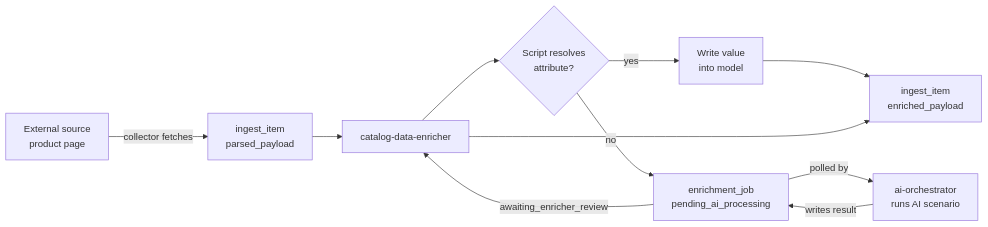
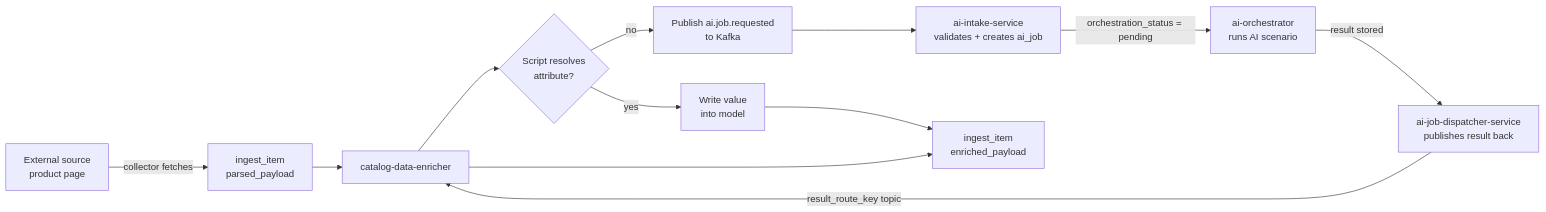
The diagram in monstrino-docs/docs/ai-features/00-overview.md (MafiaCoconut/Monstrino), drawn with Mermaid before and after one commit. The commit also changed other lines of this file and 68 other files, not shown here.

````diff
--- a/monstrino-docs/docs/ai-features/00-overview.md
+++ b/monstrino-docs/docs/ai-features/00-overview.md
@@ -19,13 +72,14 @@
 ```mermaid
 flowchart LR
-    A[External source\nproduct page] -->|collector fetches| B[ingest_item\nparsed_payload]
+    A[External source<br/>product page] -->|collector fetches| B[ingest_item<br/>parsed_payload]
     B --> C[catalog-data-enricher]
-    C --> D{Script resolves\nattribute?}
-    D -->|yes| E[Write value\ninto model]
-    D -->|no| F[enrichment_job\npending_ai_processing]
-    F -->|polled by| G[ai-orchestrator\nruns AI scenario]
-    G -->|writes result| F
-    F -->|awaiting_enricher_review| C
-    E --> H[ingest_item\nenriched_payload]
-    C --> H
+    C --> D{Script resolves<br/>attribute?}
+    D -->|yes| E[Write value<br/>into model]
+    D -->|no| F[Publish ai.job.requested<br/>to Kafka]
+    F --> G[ai-intake-service<br/>validates + creates ai_job]
+    G -->|orchestration_status = pending| H[ai-orchestrator<br/>runs AI scenario]
+    H -->|result stored| I[ai-job-dispatcher-service<br/>publishes result back]
+    I -->|result_route_key topic| C
+    E --> J[ingest_item<br/>enriched_payload]
+    C --> J
 ```
````
